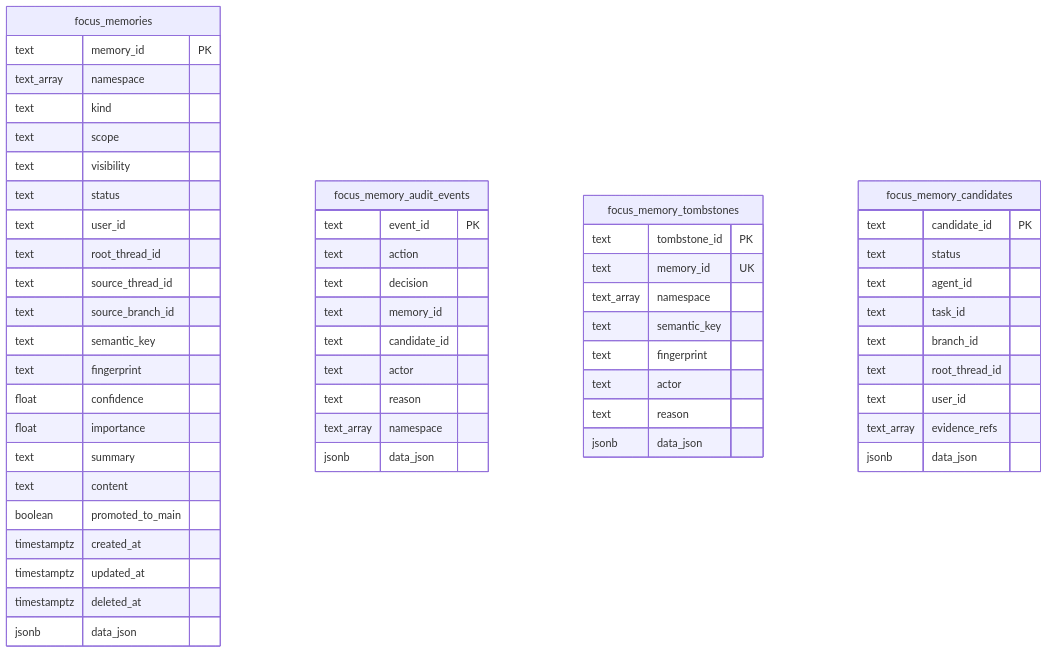
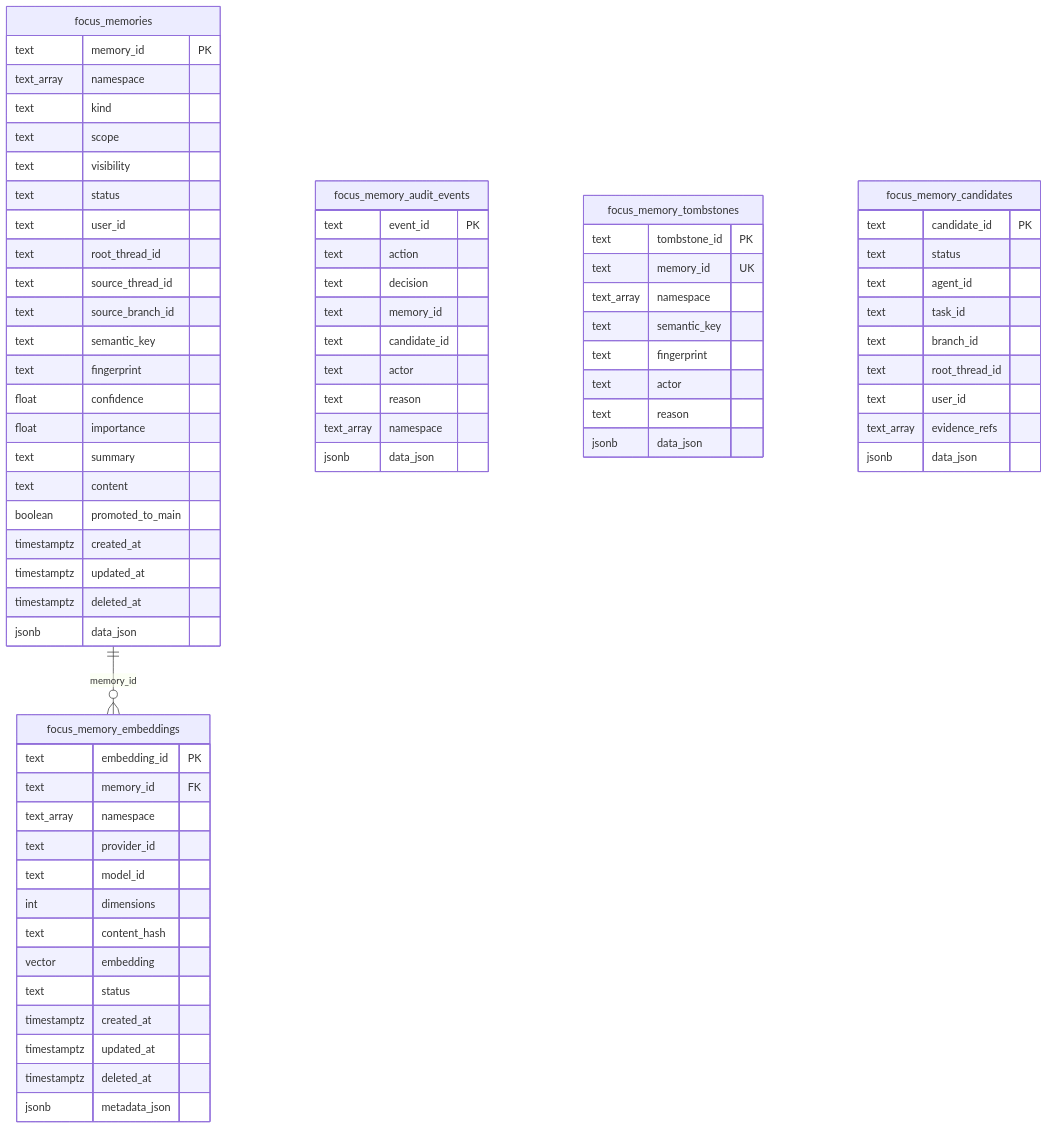
One commit to William-zgx/focus-agent changed the second of 12 diagrams in docs/memory-system-v2.md. Above: the diagram before and after it, drawn with Mermaid. The commit also changed other lines of this file and 35 other files, not shown here.

Commit message:
feat: add pgvector memory embeddings

````diff
--- a/docs/memory-system-v2.md
+++ b/docs/memory-system-v2.md
@@ -166,58 +185,74 @@
 ```mermaid
 erDiagram
     focus_memories {
         text memory_id PK
         text_array namespace
         text kind
         text scope
         text visibility
         text status
         text user_id
         text root_thread_id
         text source_thread_id
         text source_branch_id
         text semantic_key
         text fingerprint
         float confidence
         float importance
         text summary
         text content
         boolean promoted_to_main
         timestamptz created_at
         timestamptz updated_at
         timestamptz deleted_at
         jsonb data_json
     }
     focus_memory_audit_events {
         text event_id PK
         text action
         text decision
         text memory_id
         text candidate_id
         text actor
         text reason
         text_array namespace
         jsonb data_json
     }
     focus_memory_tombstones {
         text tombstone_id PK
         text memory_id UK
         text_array namespace
         text semantic_key
         text fingerprint
         text actor
         text reason
         jsonb data_json
     }
     focus_memory_candidates {
         text candidate_id PK
         text status
         text agent_id
         text task_id
         text branch_id
         text root_thread_id
         text user_id
         text_array evidence_refs
         jsonb data_json
     }
+    focus_memory_embeddings {
+        text embedding_id PK
+        text memory_id FK
+        text_array namespace
+        text provider_id
+        text model_id
+        int dimensions
+        text content_hash
+        vector embedding
+        text status
+        timestamptz created_at
+        timestamptz updated_at
+        timestamptz deleted_at
+        jsonb metadata_json
+    }
+    focus_memories ||--o{ focus_memory_embeddings : "memory_id"
 ```
````
